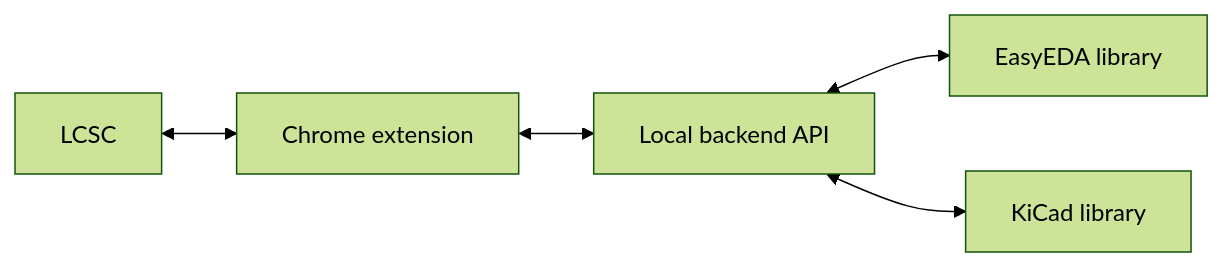
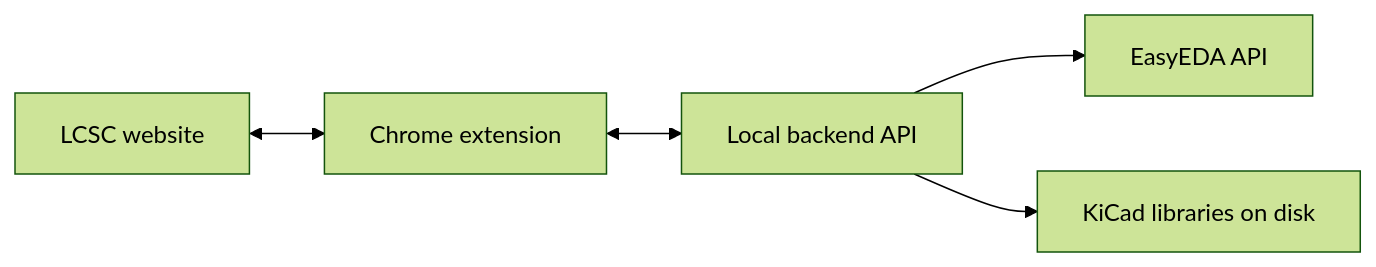
One commit to CarlKuhligk/LCSC2KicadChromeExtension changed the diagram in README.md. Above: the diagram before and after it, drawn with Mermaid (forest theme). The commit also changed other lines of this file, not shown here.

First line of the commit message:
docs(readme): restructure overview, download flow, and dev section

````diff
--- a/README.md
+++ b/README.md
@@ -12,7 +12,7 @@
 ```mermaid
 flowchart LR
-    lcsc[LCSC] <--> ext[Chrome extension]
-    ext <--> backend[Local backend API]
-    backend <--> easyeda[EasyEDA library]
-    backend <--> kicad[KiCad library]
+  lcsc[LCSC website] <--> ext[Chrome extension]
+  ext <--> api[Local backend API]
+  api --> easyeda[EasyEDA API]
+  api --> disk[KiCad libraries on disk]
 ```
````
